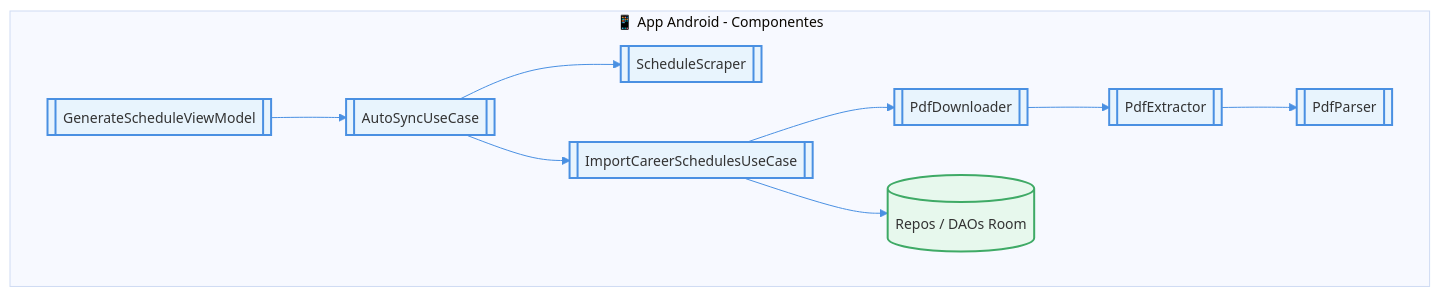
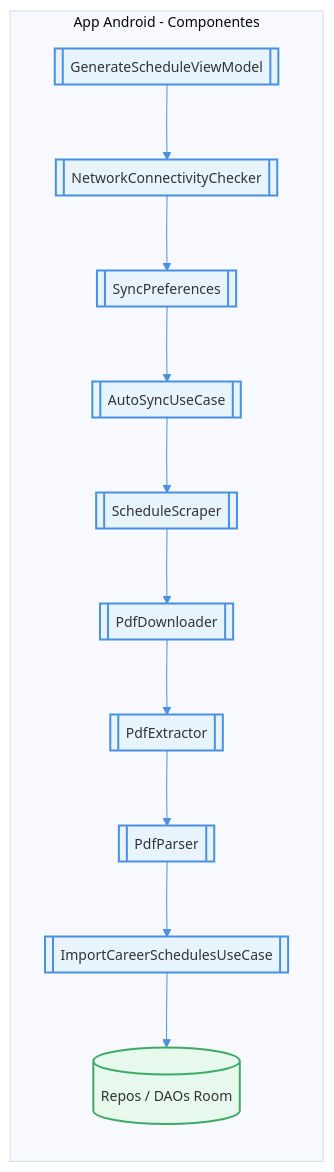
The diagram in images/diagrams/cap4_c4_3_component_f1.mmd (smith-3/Taller-Grado-II), drawn with Mermaid before and after one commit. The commit also changed 15 other files, not shown here.

Commit message:
docs(diagrams): reestructurar diagramas ER y de componentes en Mermaid

```diff
--- a/images/diagrams/cap4_c4_3_component_f1.mmd
+++ b/images/diagrams/cap4_c4_3_component_f1.mmd
@@ -1,34 +1,39 @@
 %%{init: {
   "theme": "base",
   "themeVariables": {
     "fontSize": "14px",
     "fontFamily": "Arial, sans-serif",
     "lineColor": "#4A90E2"
   }
 }}%%
 flowchart TB
     %% C4 Nivel 3: Componentes (F1)
 
-    subgraph App["📱 App Android - Componentes"]
+    subgraph App["App Android - Componentes"]
+        direction TB
         vm[[GenerateScheduleViewModel]]:::component
+        net[[NetworkConnectivityChecker]]:::component
+        prefs[[SyncPreferences]]:::component
         sync[[AutoSyncUseCase]]:::component
         scraper[[ScheduleScraper]]:::component
         dl[[PdfDownloader]]:::component
         ex[[PdfExtractor]]:::component
         parser[[PdfParser]]:::component
         importUc[[ImportCareerSchedulesUseCase]]:::component
         repos[(Repos / DAOs Room)]:::database
     end
 
     %% Relaciones internas
-    vm --> sync
+    vm --> net
+    net --> prefs
+    prefs --> sync
     sync --> scraper
-    sync --> importUc
-    importUc --> dl
+    scraper --> dl
     dl --> ex
     ex --> parser
+    parser --> importUc
     importUc --> repos
 
     %% Estilos
     classDef component fill:#E8F4FD,stroke:#4A90E2,stroke-width:2px,rx:6,ry:6;
     classDef database fill:#E7F8ED,stroke:#3FAA66,stroke-width:2px;
```
